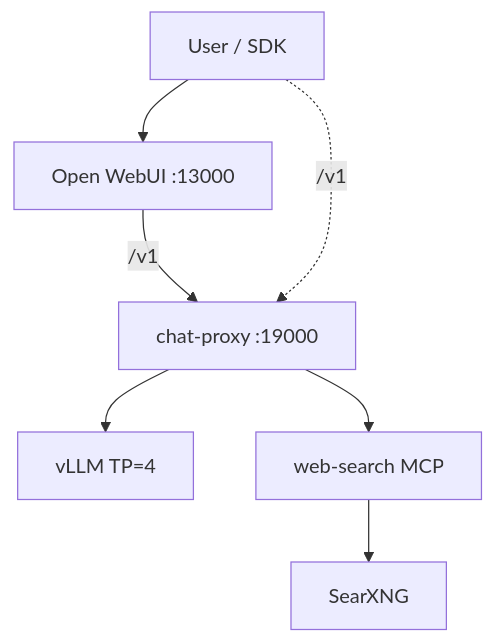
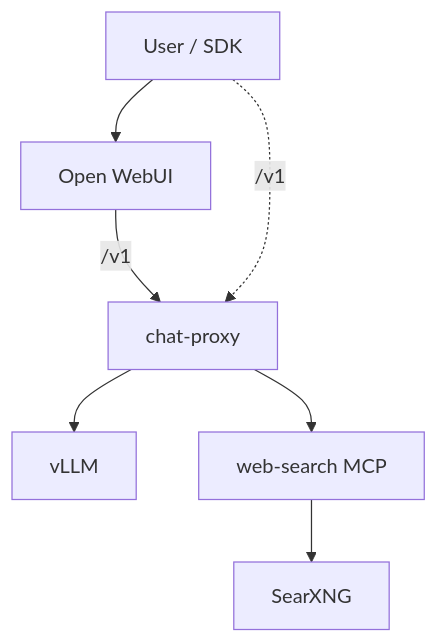
Before and after one commit to pueraeternis/chat-ai: the diagram in docs/PRODUCTION.md, drawn with Mermaid. The commit also changed other lines of this file and 11 other files, not shown here.

````diff
--- a/docs/PRODUCTION.md
+++ b/docs/PRODUCTION.md
@@ -20,16 +9,16 @@
 ```mermaid
 flowchart TB
   User[User / SDK]
-  OW[Open WebUI :13000]
-  Proxy[chat-proxy :19000]
-  VLLM[vLLM TP=4]
+  OW[Open WebUI]
+  Proxy[chat-proxy]
+  VLLM[vLLM]
   MCP[web-search MCP]
   SX[SearXNG]
 
   User --> OW
   OW -->|/v1| Proxy
   User -.->|/v1| Proxy
   Proxy --> VLLM
   Proxy --> MCP
   MCP --> SX
 ```
````
